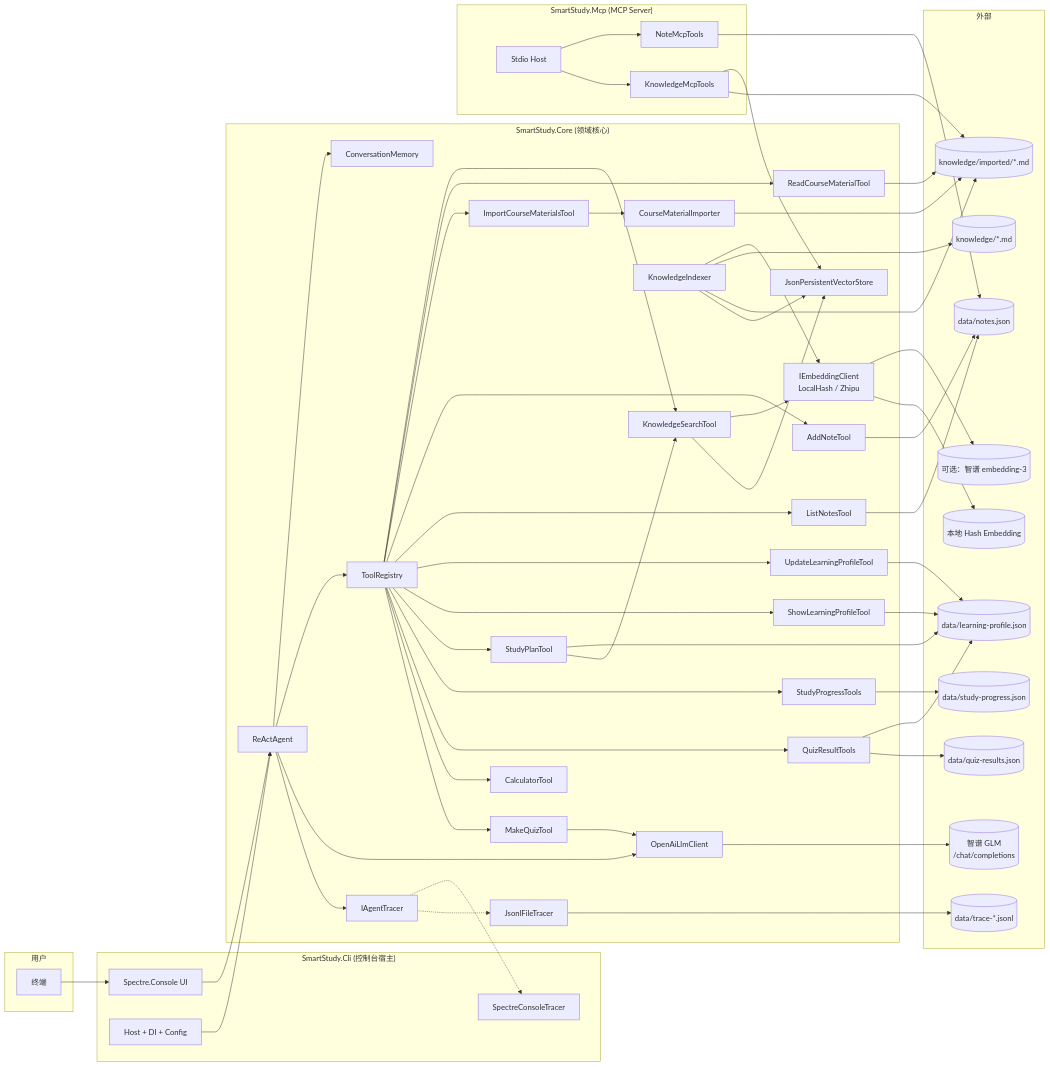
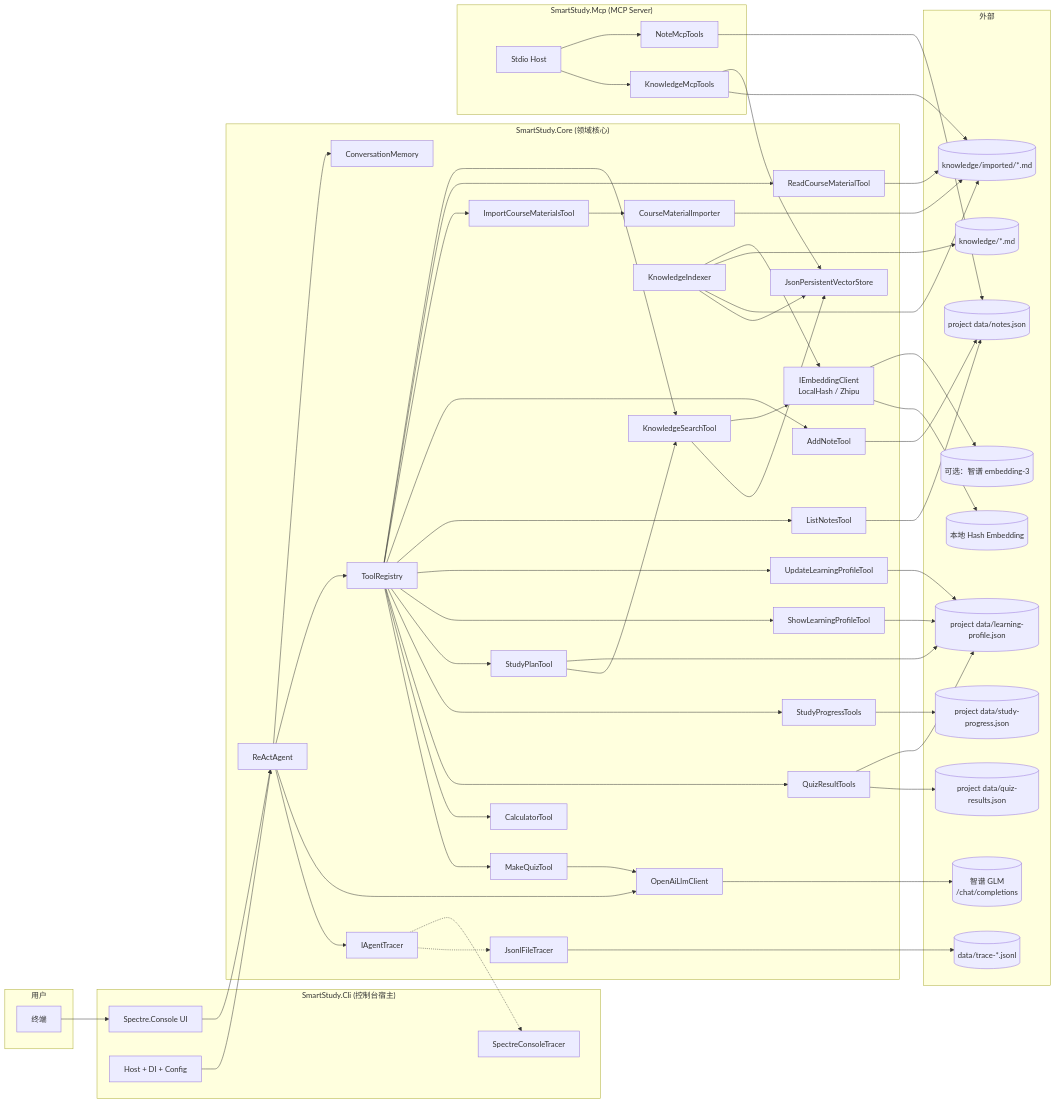
One commit to magicianaa/dotnet_final_work changed the first of 3 diagrams in docs/architecture.md. Above: the diagram before and after it, drawn with Mermaid. The commit also changed other lines of this file and 19 other files, not shown here.

````diff
--- a/docs/architecture.md
+++ b/docs/architecture.md
@@ -9,81 +9,81 @@
 ```mermaid
 flowchart LR
     subgraph User["用户"]
         U[终端]
     end
     subgraph CLI["SmartStudy.Cli (控制台宿主)"]
         UI[Spectre.Console UI]
         DI[Host + DI + Config]
         Tracer1[SpectreConsoleTracer]
     end
     subgraph Core["SmartStudy.Core (领域核心)"]
         Agent[ReActAgent]
         Mem[ConversationMemory]
         Reg[ToolRegistry]
         T1[KnowledgeSearchTool]
         T2[ReadCourseMaterialTool]
         T3[ImportCourseMaterialsTool]
         T4[AddNoteTool]
         T5[ListNotesTool]
         T6[UpdateLearningProfileTool]
         T7[ShowLearningProfileTool]
         T8[StudyPlanTool]
         T9[StudyProgressTools]
         T10[QuizResultTools]
         T11[CalculatorTool]
         T12[MakeQuizTool]
         LLM[OpenAiLlmClient]
         Emb[IEmbeddingClient\nLocalHash / Zhipu]
         VS[JsonPersistentVectorStore]
         Idx[KnowledgeIndexer]
         Importer[CourseMaterialImporter]
         TraceI[IAgentTracer]
         FileT[JsonlFileTracer]
     end
     subgraph MCP["SmartStudy.Mcp (MCP Server)"]
         McpHost[Stdio Host]
         NoteMcp[NoteMcpTools]
         KnowledgeMcp[KnowledgeMcpTools]
     end
     subgraph External["外部"]
         ZhipuLLM[(智谱 GLM \n /chat/completions)]
         ZhipuEmb[(可选：智谱 embedding-3)]
         LocalEmb[(本地 Hash Embedding)]
         KB[(knowledge/*.md)]
         Imported[(knowledge/imported/*.md)]
-        Notes[(data/notes.json)]
-        Profile[(data/learning-profile.json)]
-        Progress[(data/study-progress.json)]
-        QuizResults[(data/quiz-results.json)]
+        Notes[(project data/notes.json)]
+        Profile[(project data/learning-profile.json)]
+        Progress[(project data/study-progress.json)]
+        QuizResults[(project data/quiz-results.json)]
         TraceFile[(data/trace-*.jsonl)]
     end
 
     U --> UI --> Agent
     DI --> Agent
     Agent --> Mem
     Agent --> Reg
     Reg --> T1 & T2 & T3 & T4 & T5 & T6 & T7 & T8 & T9 & T10 & T11 & T12
     Agent --> LLM --> ZhipuLLM
     T1 --> Emb
     Emb --> ZhipuEmb
     Emb --> LocalEmb
     T1 --> VS
     T2 --> Imported
     T3 --> Importer --> Imported
     Idx --> Emb
     Idx --> KB
     Idx --> Imported
     Idx --> VS
     T4 & T5 --> Notes
     T6 & T7 & T8 & T10 --> Profile
     T9 --> Progress
     T10 --> QuizResults
     T8 --> T1
     T12 --> LLM
     Agent --> TraceI
     TraceI -.-> Tracer1
     TraceI -.-> FileT --> TraceFile
     McpHost --> NoteMcp --> Notes
     McpHost --> KnowledgeMcp --> VS
     KnowledgeMcp --> Imported
 ```
````
